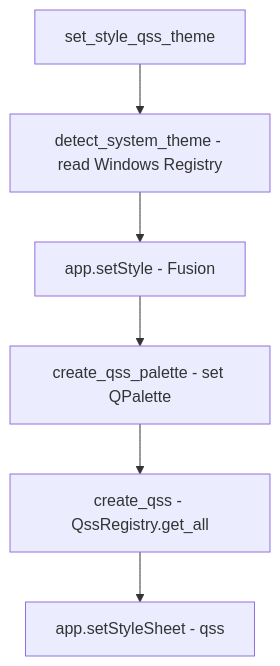
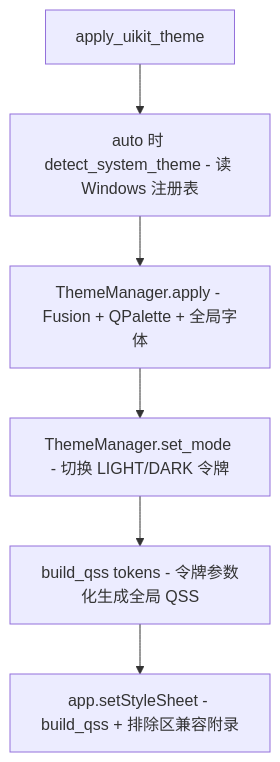
One commit to KKPIP-Tech/InstructionX changed diagram 12 of 14 in docs/architecture/full-analysis.md. Above: the diagram before and after it, drawn with Mermaid. The commit also changed other lines of this file and 13 other files, not shown here.

Commit message:
docs: 主题系统文档同步至 UIKit 架构：新增 docs/utils/uikit-theme.md（删除 style-qss.md），AGENTS.md 与 8 篇架构/UI 文档的 StyleQSS 引用全量更新为 uikit_bootstrap/uikit_theme/T() 令牌体系，usage_panel docstring 同步

````diff
--- a/docs/architecture/full-analysis.md
+++ b/docs/architecture/full-analysis.md
@@ -769,8 +769,8 @@
 ```mermaid
 flowchart TD
-    A[set_style_qss_theme] --> B[detect_system_theme - read Windows Registry]
-    B --> C[app.setStyle - Fusion]
-    C --> D[create_qss_palette - set QPalette]
-    D --> E[create_qss - QssRegistry.get_all]
-    E --> F[app.setStyleSheet - qss]
+    A[apply_uikit_theme] --> B[auto 时 detect_system_theme - 读 Windows 注册表]
+    B --> C[ThemeManager.apply - Fusion + QPalette + 全局字体]
+    C --> D[ThemeManager.set_mode - 切换 LIGHT/DARK 令牌]
+    D --> E[build_qss tokens - 令牌参数化生成全局 QSS]
+    E --> F[app.setStyleSheet - build_qss + 排除区兼容附录]
 ```
````
